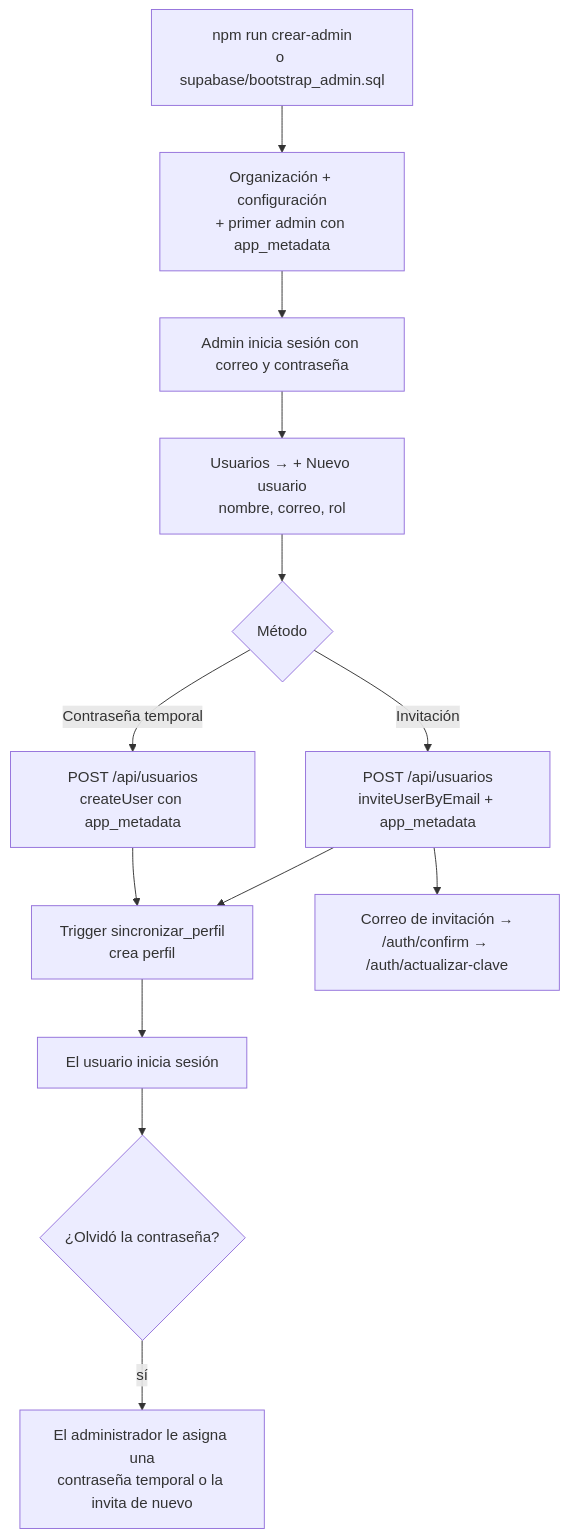
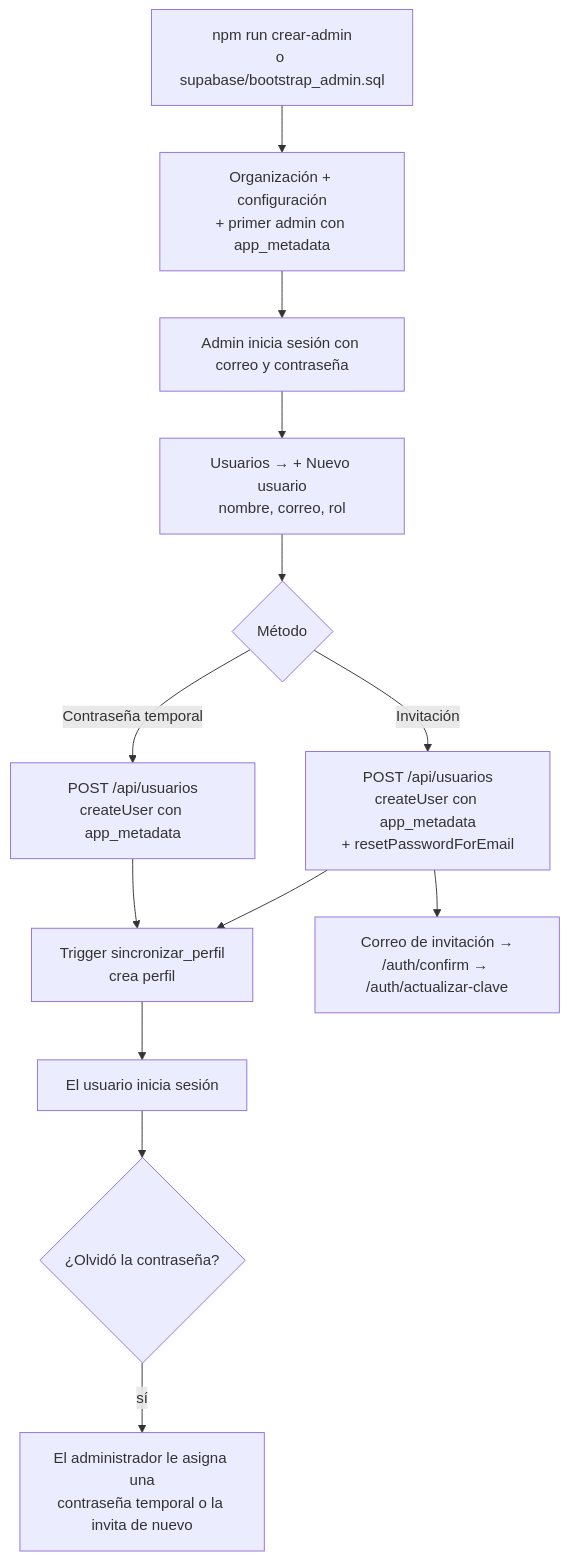
Before and after one commit to Cristianlinktic/dashboard-costos-moda: the second of 2 diagrams in docs/04-flujo-registro-producto.md, drawn with Mermaid. The commit also changed 4 other files, not shown here.

Commit message:
Usuarios: siempre createUser con app_metadata desde el insert; invitación = cuenta sin contraseña + enlace de recuperación

````diff
--- a/docs/04-flujo-registro-producto.md
+++ b/docs/04-flujo-registro-producto.md
@@ -45,15 +45,15 @@
 ```mermaid
 flowchart TD
   A[npm run crear-admin<br/>o supabase/bootstrap_admin.sql] --> B[Organización + configuración<br/>+ primer admin con app_metadata]
   B --> C[Admin inicia sesión con correo y contraseña]
   C --> D[Usuarios → + Nuevo usuario<br/>nombre, correo, rol]
   D --> E{Método}
   E -- Contraseña temporal --> F[POST /api/usuarios<br/>createUser con app_metadata]
-  E -- Invitación --> G[POST /api/usuarios<br/>inviteUserByEmail + app_metadata]
+  E -- Invitación --> G[POST /api/usuarios<br/>createUser con app_metadata<br/>+ resetPasswordForEmail]
   F --> H[Trigger sincronizar_perfil<br/>crea perfil]
   G --> H
   G --> I[Correo de invitación →<br/>/auth/confirm → /auth/actualizar-clave]
   H --> J[El usuario inicia sesión]
   J --> K{¿Olvidó la contraseña?}
   K -- sí --> L[El administrador le asigna una<br/>contraseña temporal o la invita de nuevo]
 ```
````
